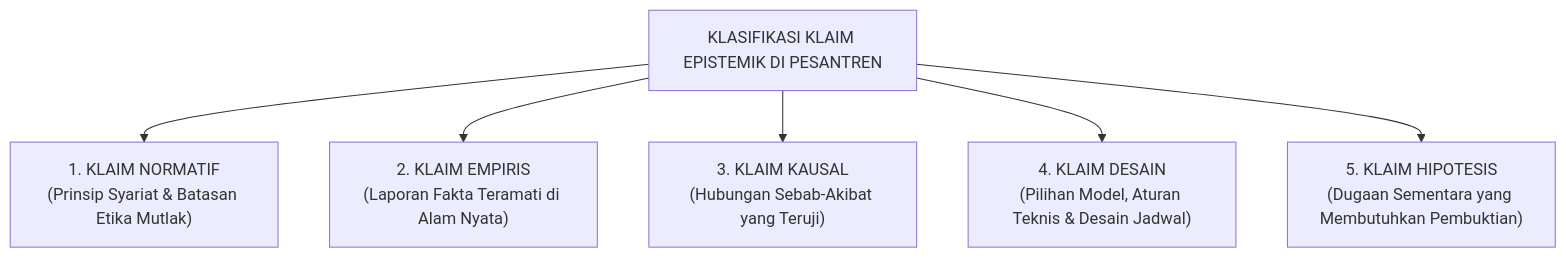
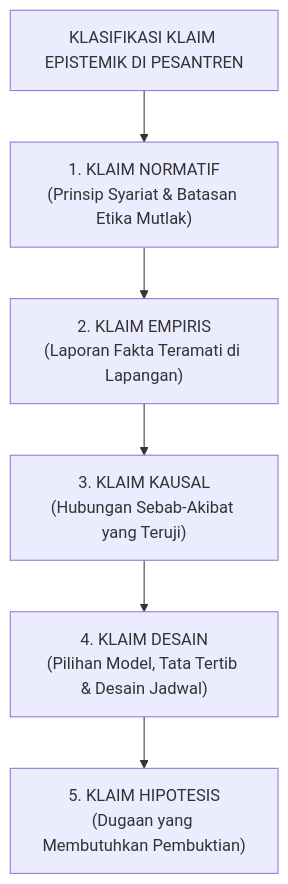
One commit to wandiapriliyandi/tumbuh changed the second of 5 diagrams in BOOK Series 1/01-The-Fundamental-of-TUMBUH/Bab-03-Epistemologi-Terpadu-Wahyu-Nalar-dan-Fakta-Empiris.md. Above: the diagram before and after it, drawn with Mermaid. The commit also changed other lines of this file and 35 other files, not shown here.

Commit message:
fix(book-01): optimasi keterbacaan diagram mermaid pada seluruh bab dan perbarui 20 file PDF

````diff
--- a/BOOK Series 1/01-The-Fundamental-of-TUMBUH/Bab-03-Epistemologi-Terpadu-Wahyu-Nalar-dan-Fakta-Empiris.md
+++ b/BOOK Series 1/01-The-Fundamental-of-TUMBUH/Bab-03-Epistemologi-Terpadu-Wahyu-Nalar-dan-Fakta-Empiris.md
@@ -97,10 +97,10 @@
 ```mermaid
 graph TD
     K["KLASIFIKASI KLAIM EPISTEMIK DI PESANTREN"]
     
     K --> K1["1. KLAIM NORMATIF<br/>(Prinsip Syariat & Batasan Etika Mutlak)"]
-    K --> K2["2. KLAIM EMPIRIS<br/>(Laporan Fakta Teramati di Alam Nyata)"]
-    K --> K3["3. KLAIM KAUSAL<br/>(Hubungan Sebab-Akibat yang Teruji)"]
-    K --> K4["4. KLAIM DESAIN<br/>(Pilihan Model, Aturan Teknis & Desain Jadwal)"]
-    K --> K5["5. KLAIM HIPOTESIS<br/>(Dugaan Sementara yang Membutuhkan Pembuktian)"]
+    K1 --> K2["2. KLAIM EMPIRIS<br/>(Laporan Fakta Teramati di Lapangan)"]
+    K2 --> K3["3. KLAIM KAUSAL<br/>(Hubungan Sebab-Akibat yang Teruji)"]
+    K3 --> K4["4. KLAIM DESAIN<br/>(Pilihan Model, Tata Tertib & Desain Jadwal)"]
+    K4 --> K5["5. KLAIM HIPOTESIS<br/>(Dugaan yang Membutuhkan Pembuktian)"]
 ```
````
